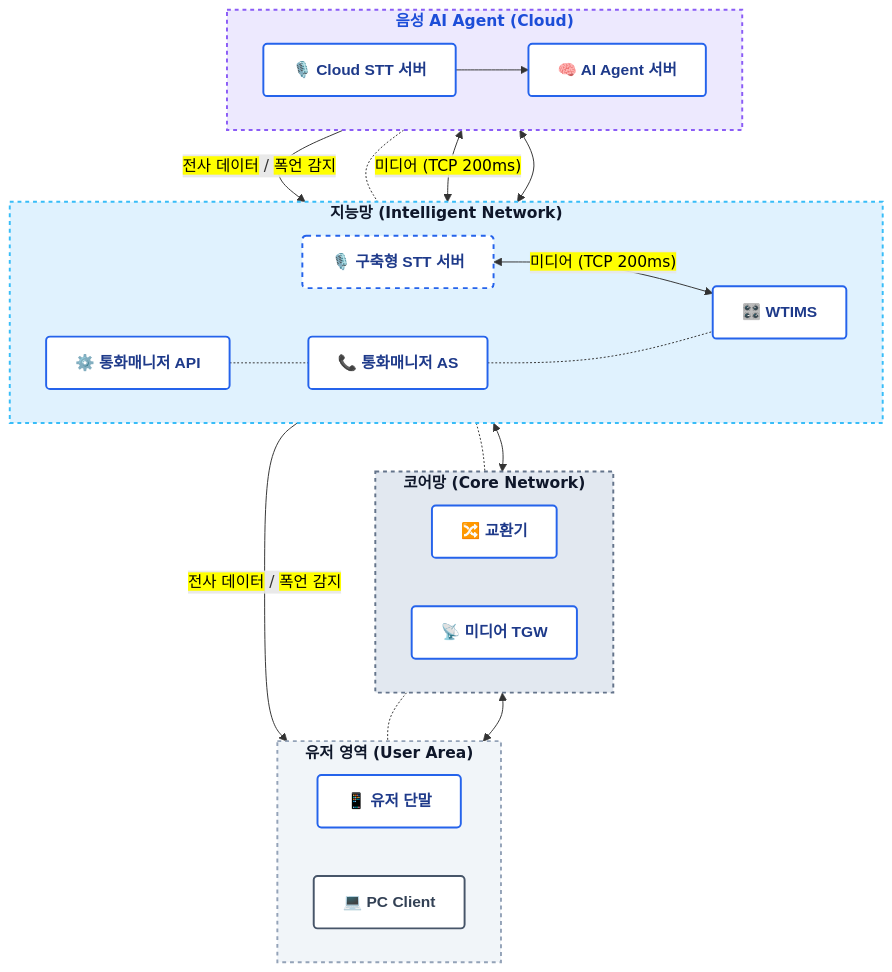
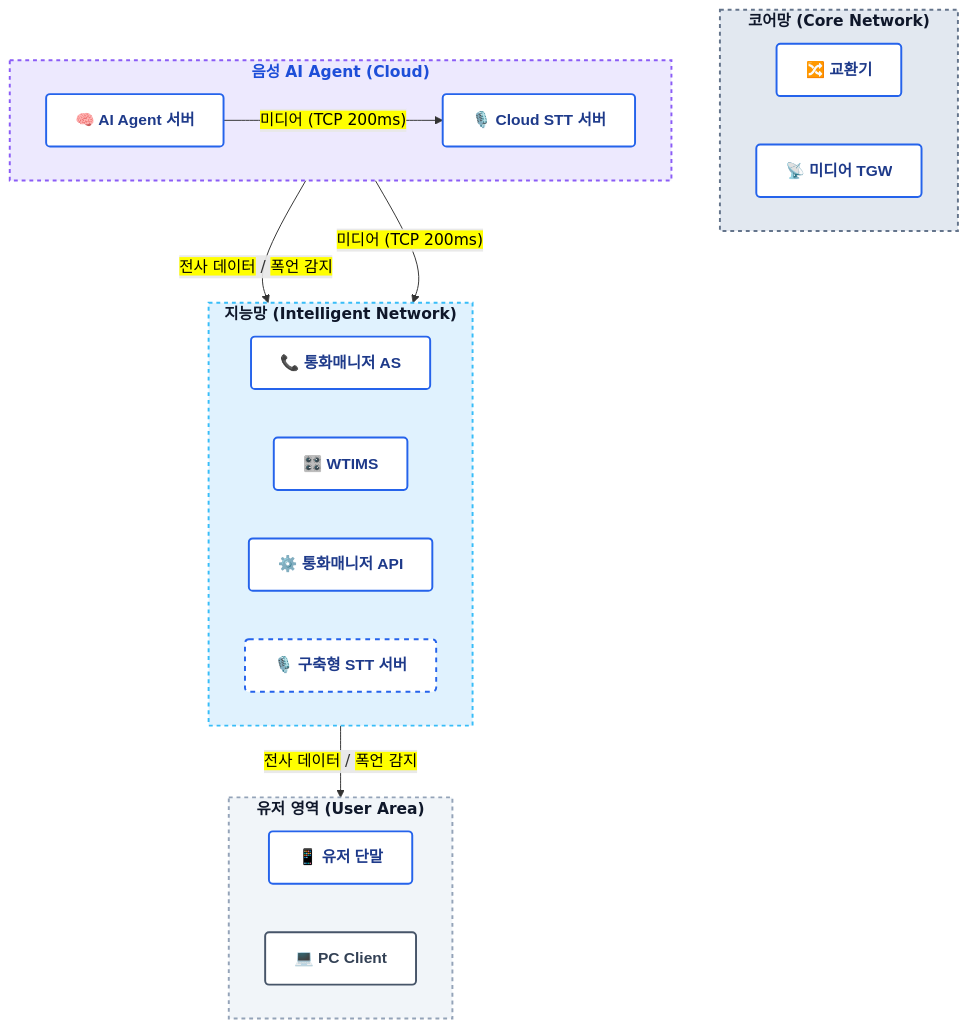
Before and after one commit to hak023/sip_pbx: the diagram in docs/architecture/stt-agent-integration-hybrid-stt.md, drawn with Mermaid. The commit also changed other lines of this file, not shown here.

Commit message:
docs: simplify integration lines to highlight AI Agent STT flows

````diff
--- a/docs/architecture/stt-agent-integration-hybrid-stt.md
+++ b/docs/architecture/stt-agent-integration-hybrid-stt.md
@@ -4,74 +4,53 @@
 ```mermaid
 graph TD
     %% 스타일 정의 (블루 & 화이트 컨설팅 펌 테마)
     classDef default fill:#ffffff,stroke:#cbd5e1,stroke-width:1px,color:#334155,font-family:sans-serif;
     classDef layerBox fill:#f8fafc,stroke:#94a3b8,stroke-width:2px,stroke-dasharray: 4 4,color:#0f172a,font-weight:bold;
     classDef cloudBox fill:#eff6ff,stroke:#60a5fa,stroke-width:2px,stroke-dasharray: 4 4,color:#1d4ed8,font-weight:bold;
     classDef userLayer fill:#f1f5f9,stroke:#94a3b8,stroke-width:2px,stroke-dasharray: 4 4,color:#0f172a,font-weight:bold;
     classDef coreLayer fill:#e2e8f0,stroke:#64748b,stroke-width:2px,stroke-dasharray: 4 4,color:#0f172a,font-weight:bold;
     classDef intellLayer fill:#e0f2fe,stroke:#38bdf8,stroke-width:2px,stroke-dasharray: 4 4,color:#0f172a,font-weight:bold;
     classDef cloudLayer fill:#ede9fe,stroke:#8b5cf6,stroke-width:2px,stroke-dasharray: 4 4,color:#1d4ed8,font-weight:bold;
     classDef nodeBox fill:#ffffff,stroke:#2563eb,stroke-width:2px,color:#1e3a8a,font-weight:bold,rx:4px,ry:4px;
     classDef dashedNodeBox fill:#ffffff,stroke:#2563eb,stroke-width:2px,stroke-dasharray: 5 5,color:#1e3a8a,font-weight:bold,rx:4px,ry:4px;
     classDef clientBox fill:#ffffff,stroke:#475569,stroke-width:2px,color:#334155,font-weight:bold,rx:4px,ry:4px;
 
     %% 계층별 Subgraph
     subgraph User_Area ["유저 영역 (User Area)"]
         direction LR
         UserTerminal["📱 유저 단말"]:::nodeBox
         PCClient["💻 PC Client"]:::clientBox
     end
 
     subgraph Core_Network ["코어망 (Core Network)"]
         direction LR
         Switch["🔀 교환기"]:::nodeBox
         MediaTGW["📡 미디어 TGW"]:::nodeBox
     end
 
     subgraph Intelligent_Network ["지능망 (Intelligent Network)"]
         direction LR
         CallManagerAS["📞 통화매니저 AS"]:::nodeBox
         WTIMS["🎛️ WTIMS"]:::nodeBox
         CallManagerAPI["⚙️ 통화매니저 API"]:::nodeBox
         STTServer["🎙️ 구축형 STT 서버"]:::dashedNodeBox
     end
 
     subgraph Cloud_Agent ["음성 AI Agent (Cloud)"]
         direction LR
         AIAgent["🧠 AI Agent 서버"]:::nodeBox
         CloudSTT["🎙️ Cloud STT 서버"]:::nodeBox
     end
 
-    %% 연결선 및 프로토콜 흐름 (위에서 아래로: Cloud -> Intelligent -> Core -> User)
-    
-    %% Cloud 내부
-    CloudSTT --> AIAgent
-    
-    %% Cloud <-> Intelligent
+    %% 핵심 연동선 (요청하신 4개의 플로우만 표현)
     AIAgent -->|"<mark>전사 데이터</mark> / <mark>폭언 감지</mark>"| CallManagerAPI
-    AIAgent -.- CallManagerAS
-    CloudSTT <-->|"<mark>미디어 (TCP 200ms)</mark>"| WTIMS
-    AIAgent <--> STTServer
-    
-    %% Intelligent 내부
-    STTServer <-->|"<mark>미디어 (TCP 200ms)</mark>"| WTIMS
-    CallManagerAPI -.- CallManagerAS
-    CallManagerAS -.- WTIMS
-    
-    %% Intelligent <-> Core
-    CallManagerAS -.- Switch
-    WTIMS <--> MediaTGW
-    
-    %% Core <-> User
-    Switch -.- UserTerminal
-    MediaTGW <--> UserTerminal
-    
-    %% Intelligent <-> User
+    AIAgent -->|"<mark>미디어 (TCP 200ms)</mark>"| CloudSTT
+    AIAgent -->|"<mark>미디어 (TCP 200ms)</mark>"| STTServer
     CallManagerAPI -->|"<mark>전사 데이터</mark> / <mark>폭언 감지</mark>"| PCClient
 
     %% 서브그래프 스타일 적용
     class User_Area userLayer;
     class Core_Network coreLayer;
     class Intelligent_Network intellLayer;
     class Cloud_Agent cloudLayer;
 ```
````
